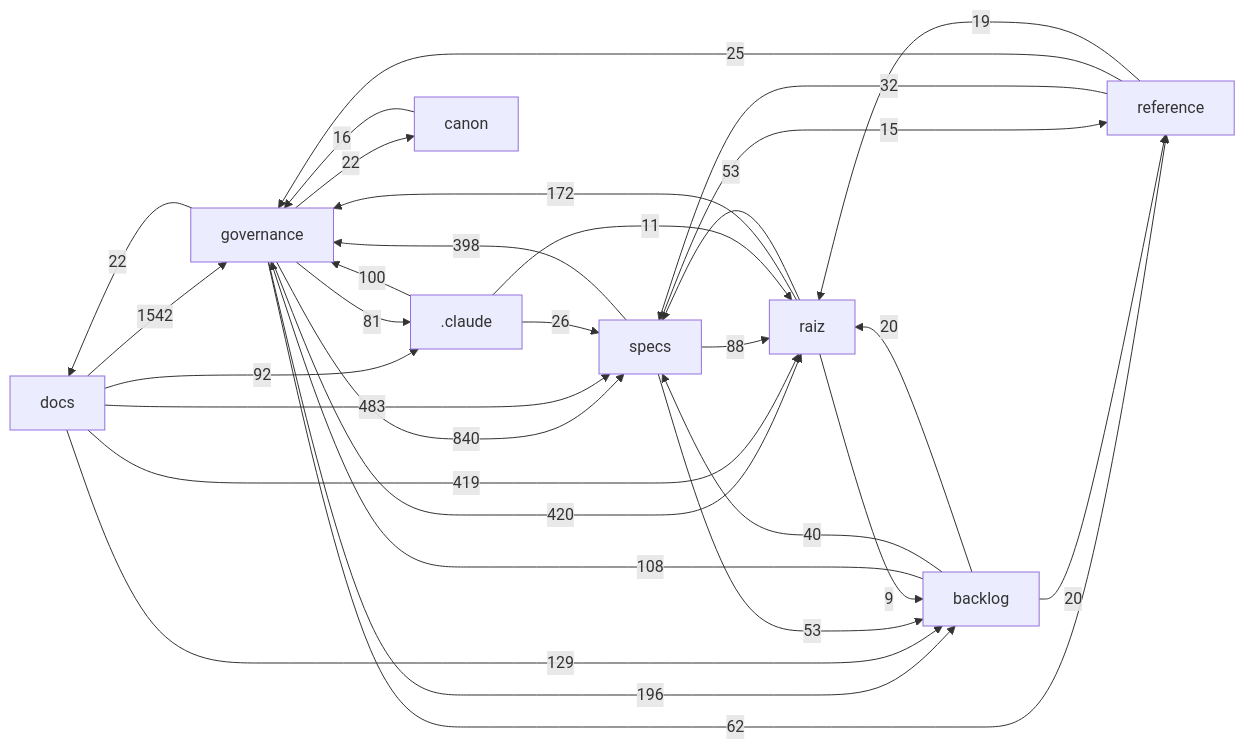
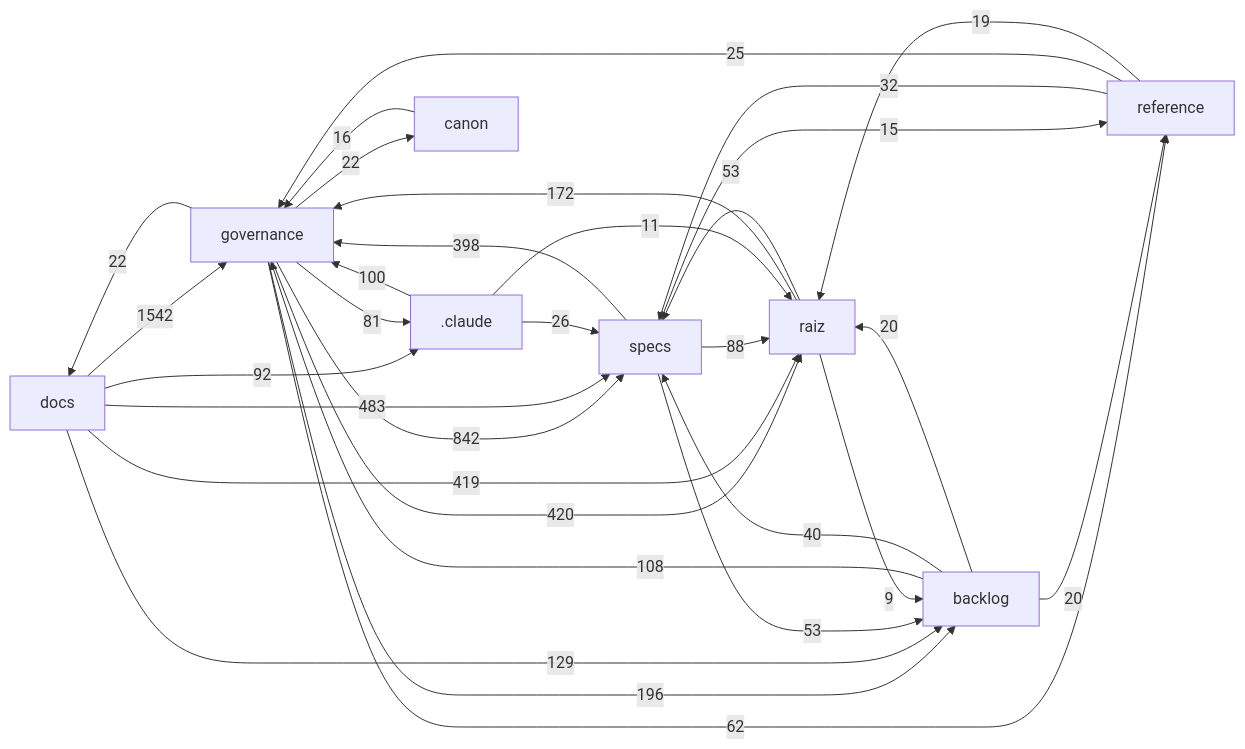
Before and after one commit to Andraus35/Sistema-Operacional-de-Trading--SOT: the diagram in docs/mapa/MAPA-PROJETO.md, drawn with Mermaid. The commit also changed other lines of this file and 4 other files, not shown here.

````diff
--- a/docs/mapa/MAPA-PROJETO.md
+++ b/docs/mapa/MAPA-PROJETO.md
@@ -29,33 +29,33 @@
 ```mermaid
 flowchart LR
   docs["docs"] -->|1542| governance["governance"]
-  governance["governance"] -->|840| specs["specs"]
+  governance["governance"] -->|842| specs["specs"]
   docs["docs"] -->|483| specs["specs"]
   governance["governance"] -->|420| raiz["raiz"]
   docs["docs"] -->|419| raiz["raiz"]
   specs["specs"] -->|398| governance["governance"]
   governance["governance"] -->|196| backlog["backlog"]
   raiz["raiz"] -->|172| governance["governance"]
   docs["docs"] -->|129| backlog["backlog"]
   backlog["backlog"] -->|108| governance["governance"]
   _claude[".claude"] -->|100| governance["governance"]
   docs["docs"] -->|92| _claude[".claude"]
   specs["specs"] -->|88| raiz["raiz"]
   governance["governance"] -->|81| _claude[".claude"]
   governance["governance"] -->|62| reference["reference"]
   raiz["raiz"] -->|53| specs["specs"]
   specs["specs"] -->|53| backlog["backlog"]
   backlog["backlog"] -->|40| specs["specs"]
   reference["reference"] -->|32| specs["specs"]
   _claude[".claude"] -->|26| specs["specs"]
   reference["reference"] -->|25| governance["governance"]
   governance["governance"] -->|22| docs["docs"]
   governance["governance"] -->|22| canon["canon"]
   backlog["backlog"] -->|20| raiz["raiz"]
   backlog["backlog"] -->|20| reference["reference"]
   reference["reference"] -->|19| raiz["raiz"]
   canon["canon"] -->|16| governance["governance"]
   specs["specs"] -->|15| reference["reference"]
   _claude[".claude"] -->|11| raiz["raiz"]
   raiz["raiz"] -->|9| backlog["backlog"]
 ```
````
